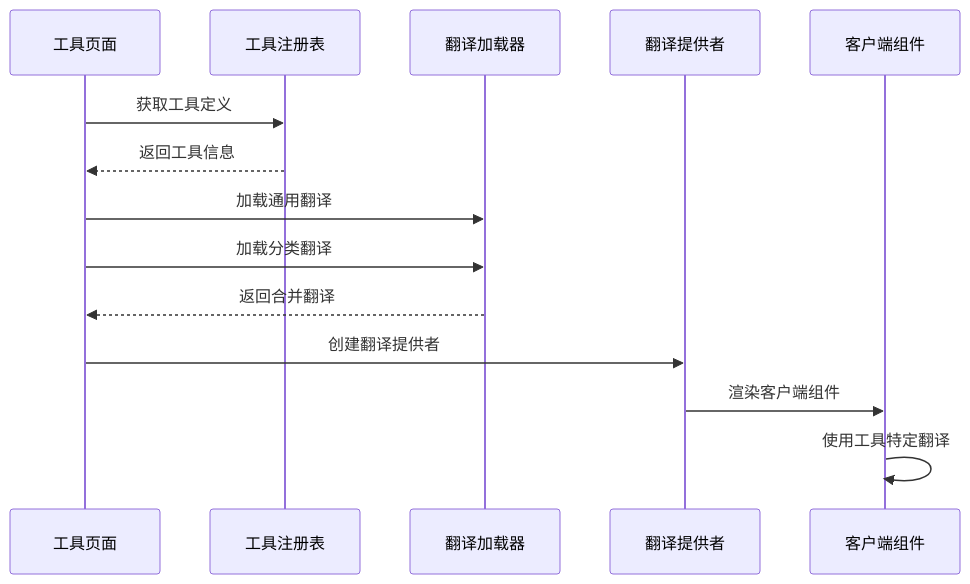
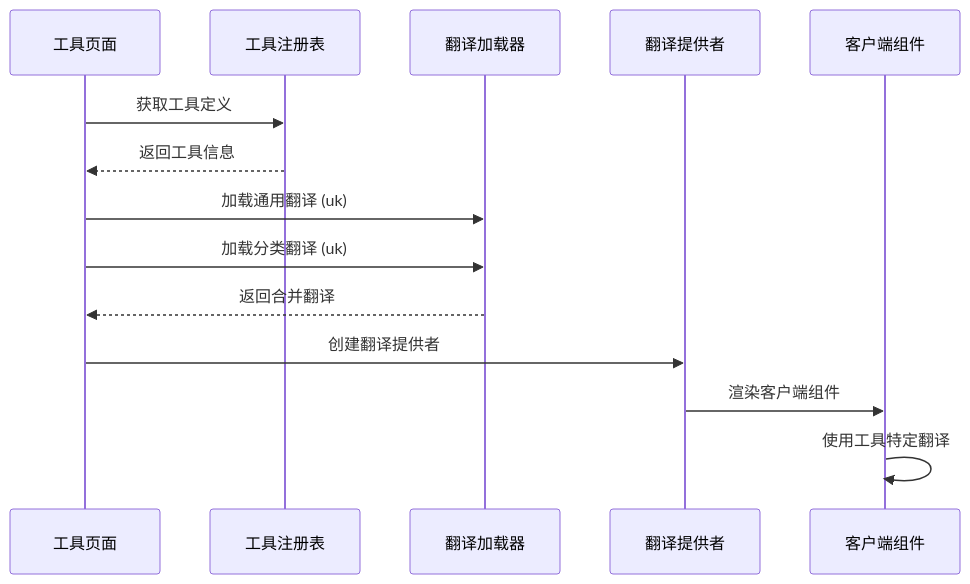
One commit to sgyy/privadeck changed the seventh of 9 diagrams in .qoder/repowiki/zh/content/技术架构/国际化系统.md. Above: the diagram before and after it, drawn with Mermaid. The commit also changed other lines of this file and 2 other files, not shown here.

````diff
--- a/.qoder/repowiki/zh/content/技术架构/国际化系统.md
+++ b/.qoder/repowiki/zh/content/技术架构/国际化系统.md
@@ -302,16 +331,16 @@
 ```mermaid
 sequenceDiagram
 participant Page as 工具页面
 participant Registry as 工具注册表
 participant Loader as 翻译加载器
 participant Provider as 翻译提供者
 participant Client as 客户端组件
 Page->>Registry : 获取工具定义
 Registry-->>Page : 返回工具信息
-Page->>Loader : 加载通用翻译
-Page->>Loader : 加载分类翻译
+Page->>Loader : 加载通用翻译 (uk)
+Page->>Loader : 加载分类翻译 (uk)
 Loader-->>Page : 返回合并翻译
 Page->>Provider : 创建翻译提供者
 Provider->>Client : 渲染客户端组件
 Client->>Client : 使用工具特定翻译
 ```
````
